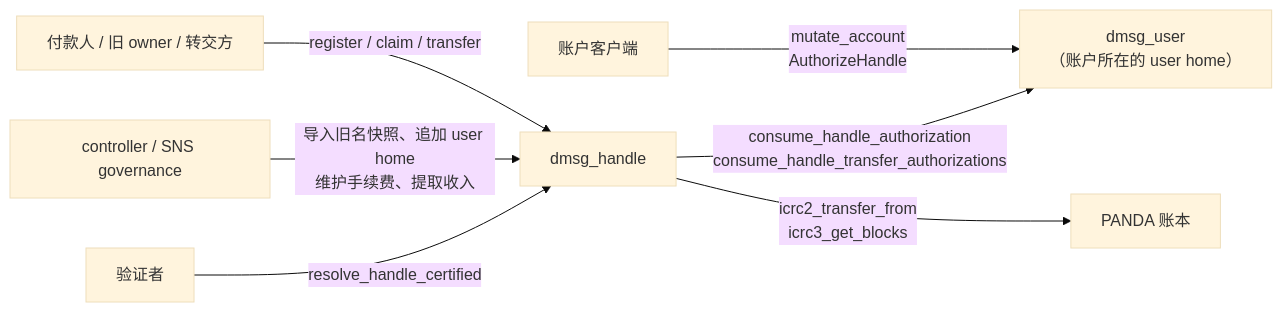
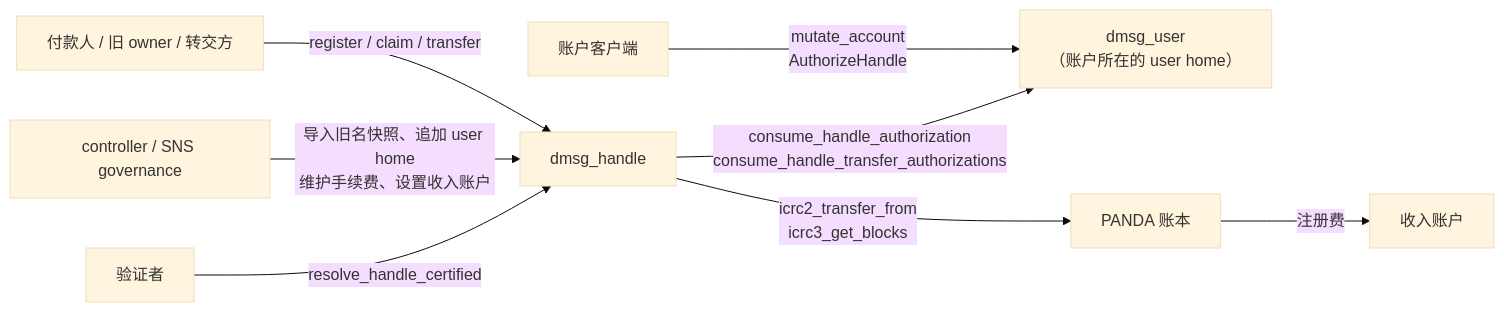
One commit to ldclabs/ic-panda changed the diagram in src/dmsg_handle/README.md. Above: the diagram before and after it, drawn with Mermaid (base theme). The commit also changed other lines of this file and 11 other files, not shown here.

````diff
--- a/src/dmsg_handle/README.md
+++ b/src/dmsg_handle/README.md
@@ -11,9 +11,10 @@
 ```mermaid
 flowchart LR
   A["账户客户端"] -- "mutate_account<br/>AuthorizeHandle" --> U["dmsg_user<br/>（账户所在的 user home）"]
   C["付款人 / 旧 owner / 转交方"] -- "register / claim / transfer" --> H["dmsg_handle"]
   H -- "consume_handle_authorization<br/>consume_handle_transfer_authorizations" --> U
   H -- "icrc2_transfer_from<br/>icrc3_get_blocks" --> L["PANDA 账本"]
-  O["controller / SNS governance"] -- "导入旧名快照、追加 user home<br/>维护手续费、提取收入" --> H
+  L -- "注册费" --> R["收入账户"]
+  O["controller / SNS governance"] -- "导入旧名快照、追加 user home<br/>维护手续费、设置收入账户" --> H
   V["验证者"] -- "resolve_handle_certified" --> H
 ```
````
